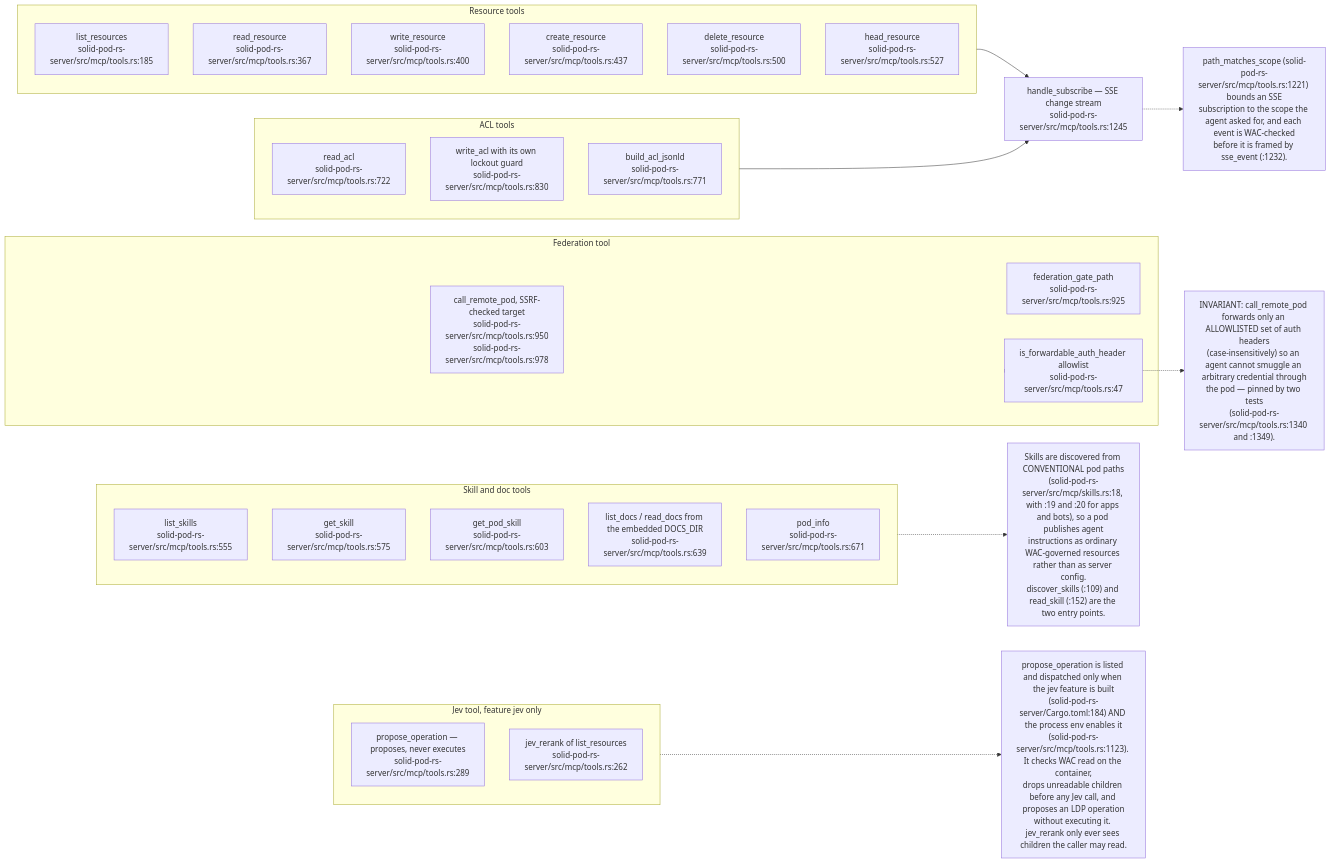
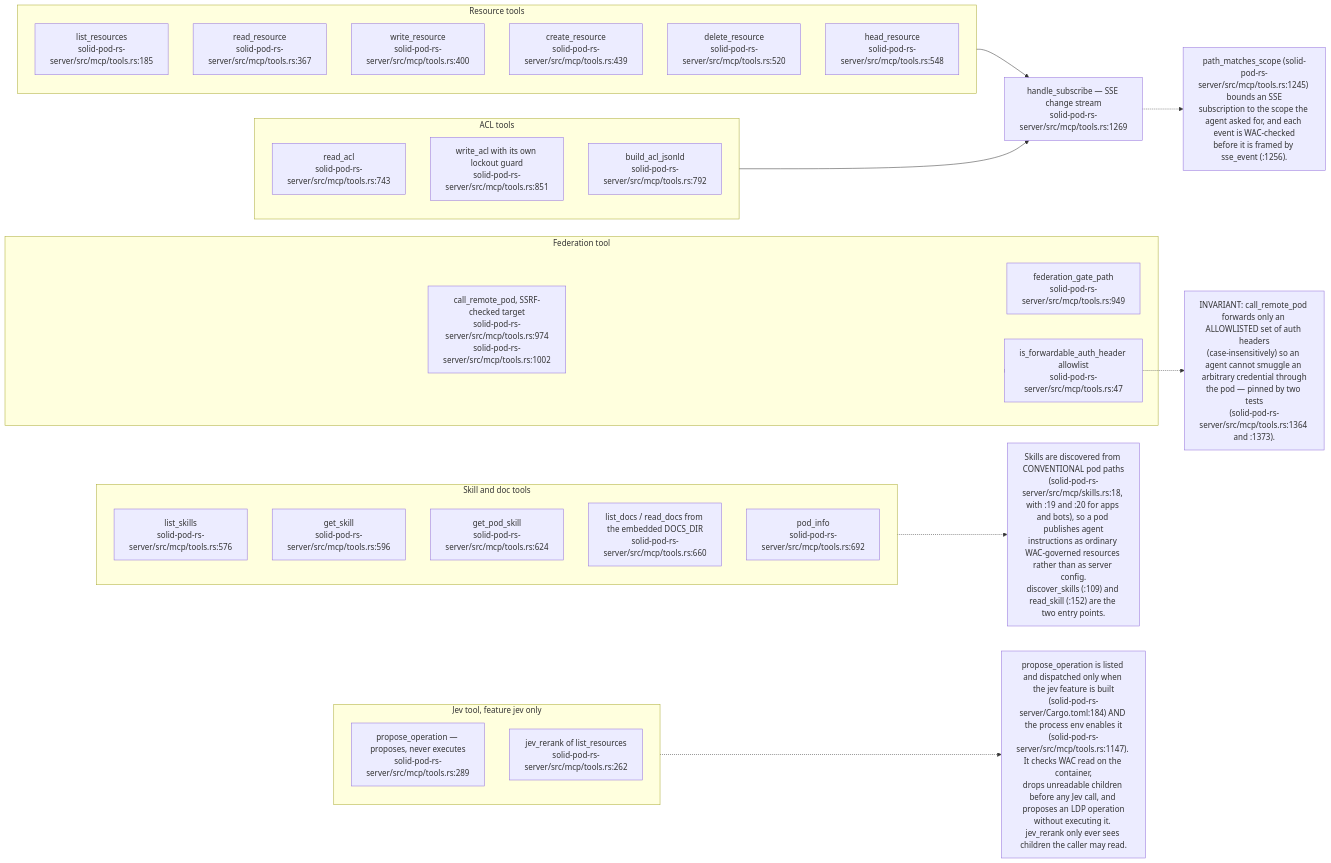
Diagram 14 of 17 in docs/diagrams/solid-pod-rs/08-federation-notifications-forge-mcp.md (DreamLab-AI/VisionFlow), drawn with Mermaid before and after one commit. The commit also changed other lines of this file and 154 other files, not shown here.

First line of the commit message:
docs(diagrams): re-stamp 154 topics whose every citation still reads the same text at the current heads

````diff
--- a/docs/diagrams/solid-pod-rs/08-federation-notifications-forge-mcp.md
+++ b/docs/diagrams/solid-pod-rs/08-federation-notifications-forge-mcp.md
@@ -517,47 +517,47 @@
 ```mermaid
 flowchart LR
     subgraph RES["Resource tools"]
         LR2["list_resources<br/>solid-pod-rs-server/src/mcp/tools.rs:185"]
         RR["read_resource<br/>solid-pod-rs-server/src/mcp/tools.rs:367"]
         WR["write_resource<br/>solid-pod-rs-server/src/mcp/tools.rs:400"]
-        CR["create_resource<br/>solid-pod-rs-server/src/mcp/tools.rs:437"]
-        DR["delete_resource<br/>solid-pod-rs-server/src/mcp/tools.rs:500"]
-        HR["head_resource<br/>solid-pod-rs-server/src/mcp/tools.rs:527"]
+        CR["create_resource<br/>solid-pod-rs-server/src/mcp/tools.rs:439"]
+        DR["delete_resource<br/>solid-pod-rs-server/src/mcp/tools.rs:520"]
+        HR["head_resource<br/>solid-pod-rs-server/src/mcp/tools.rs:548"]
     end
     subgraph ACL["ACL tools"]
-        RA["read_acl<br/>solid-pod-rs-server/src/mcp/tools.rs:722"]
-        WA["write_acl with its own lockout guard<br/>solid-pod-rs-server/src/mcp/tools.rs:830"]
-        BA["build_acl_jsonld<br/>solid-pod-rs-server/src/mcp/tools.rs:771"]
+        RA["read_acl<br/>solid-pod-rs-server/src/mcp/tools.rs:743"]
+        WA["write_acl with its own lockout guard<br/>solid-pod-rs-server/src/mcp/tools.rs:851"]
+        BA["build_acl_jsonld<br/>solid-pod-rs-server/src/mcp/tools.rs:792"]
     end
     subgraph SK["Skill and doc tools"]
-        LS["list_skills<br/>solid-pod-rs-server/src/mcp/tools.rs:555"]
-        GS["get_skill<br/>solid-pod-rs-server/src/mcp/tools.rs:575"]
-        PS["get_pod_skill<br/>solid-pod-rs-server/src/mcp/tools.rs:603"]
-        LD["list_docs / read_docs from the embedded DOCS_DIR<br/>solid-pod-rs-server/src/mcp/tools.rs:639"]
-        PI["pod_info<br/>solid-pod-rs-server/src/mcp/tools.rs:671"]
+        LS["list_skills<br/>solid-pod-rs-server/src/mcp/tools.rs:576"]
+        GS["get_skill<br/>solid-pod-rs-server/src/mcp/tools.rs:596"]
+        PS["get_pod_skill<br/>solid-pod-rs-server/src/mcp/tools.rs:624"]
+        LD["list_docs / read_docs from the embedded DOCS_DIR<br/>solid-pod-rs-server/src/mcp/tools.rs:660"]
+        PI["pod_info<br/>solid-pod-rs-server/src/mcp/tools.rs:692"]
     end
     subgraph JV["Jev tool, feature jev only"]
         PO["propose_operation — proposes, never executes<br/>solid-pod-rs-server/src/mcp/tools.rs:289"]
         JR["jev_rerank of list_resources<br/>solid-pod-rs-server/src/mcp/tools.rs:262"]
     end
     subgraph FED["Federation tool"]
-        CRP["call_remote_pod, SSRF-checked target<br/>solid-pod-rs-server/src/mcp/tools.rs:950<br/>solid-pod-rs-server/src/mcp/tools.rs:978"]
-        FG["federation_gate_path<br/>solid-pod-rs-server/src/mcp/tools.rs:925"]
+        CRP["call_remote_pod, SSRF-checked target<br/>solid-pod-rs-server/src/mcp/tools.rs:974<br/>solid-pod-rs-server/src/mcp/tools.rs:1002"]
+        FG["federation_gate_path<br/>solid-pod-rs-server/src/mcp/tools.rs:949"]
         FA["is_forwardable_auth_header allowlist<br/>solid-pod-rs-server/src/mcp/tools.rs:47"]
     end
-    SUB["handle_subscribe — SSE change stream<br/>solid-pod-rs-server/src/mcp/tools.rs:1245"]
+    SUB["handle_subscribe — SSE change stream<br/>solid-pod-rs-server/src/mcp/tools.rs:1269"]
 
     RES --> SUB
     ACL --> SUB
     FED --> FG
     FED --> FA
 
-    N["INVARIANT: call_remote_pod forwards only an ALLOWLISTED set of auth headers<br/>(case-insensitively) so an agent cannot smuggle an arbitrary credential through<br/>the pod — pinned by two tests<br/>(solid-pod-rs-server/src/mcp/tools.rs:1340 and :1349)."]
+    N["INVARIANT: call_remote_pod forwards only an ALLOWLISTED set of auth headers<br/>(case-insensitively) so an agent cannot smuggle an arbitrary credential through<br/>the pod — pinned by two tests<br/>(solid-pod-rs-server/src/mcp/tools.rs:1364 and :1373)."]
     FA -.-> N
-    N2["path_matches_scope (solid-pod-rs-server/src/mcp/tools.rs:1221) bounds an SSE<br/>subscription to the scope the agent asked for, and each event is WAC-checked<br/>before it is framed by sse_event (:1232)."]
+    N2["path_matches_scope (solid-pod-rs-server/src/mcp/tools.rs:1245) bounds an SSE<br/>subscription to the scope the agent asked for, and each event is WAC-checked<br/>before it is framed by sse_event (:1256)."]
     SUB -.-> N2
     N3["Skills are discovered from CONVENTIONAL pod paths<br/>(solid-pod-rs-server/src/mcp/skills.rs:18, with :19 and :20 for apps and bots), so a pod publishes agent<br/>instructions as ordinary WAC-governed resources rather than as server config.<br/>discover_skills (:109) and read_skill (:152) are the two entry points."]
     SK -.-> N3
-    N4["propose_operation is listed and dispatched only when the jev feature is built<br/>(solid-pod-rs-server/Cargo.toml:184) AND the process env enables it<br/>(solid-pod-rs-server/src/mcp/tools.rs:1123). It checks WAC read on the container,<br/>drops unreadable children before any Jev call, and proposes an LDP operation<br/>without executing it. jev_rerank only ever sees children the caller may read."]
+    N4["propose_operation is listed and dispatched only when the jev feature is built<br/>(solid-pod-rs-server/Cargo.toml:184) AND the process env enables it<br/>(solid-pod-rs-server/src/mcp/tools.rs:1147). It checks WAC read on the container,<br/>drops unreadable children before any Jev call, and proposes an LDP operation<br/>without executing it. jev_rerank only ever sees children the caller may read."]
     JV -.-> N4
 ```
````
